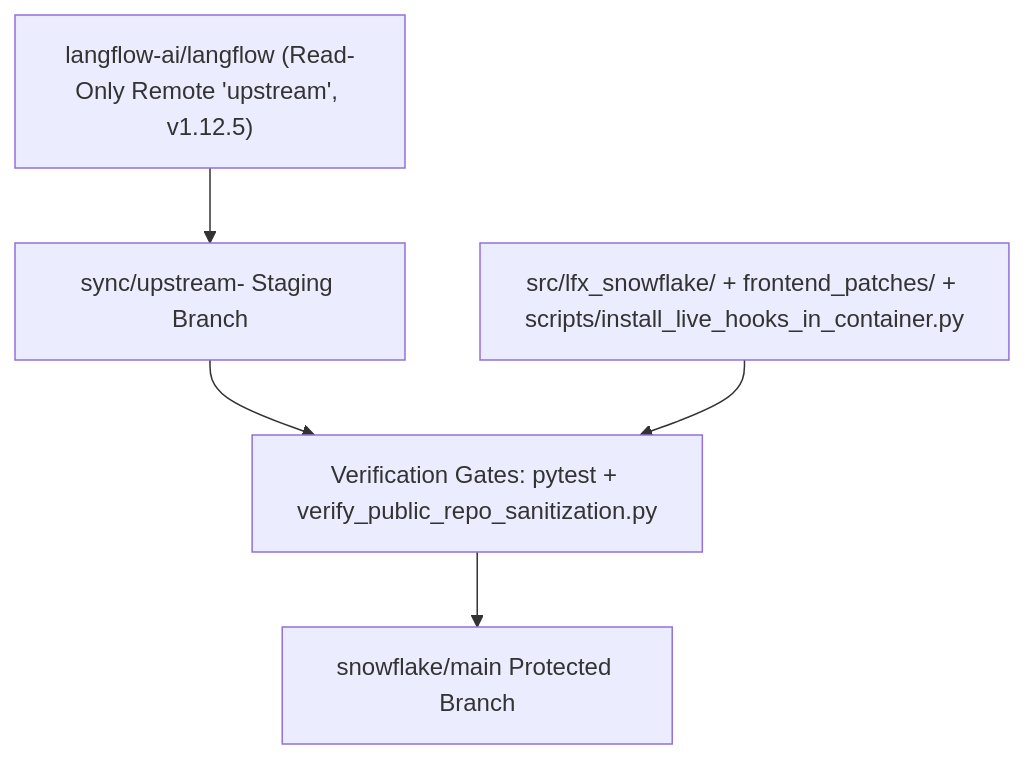
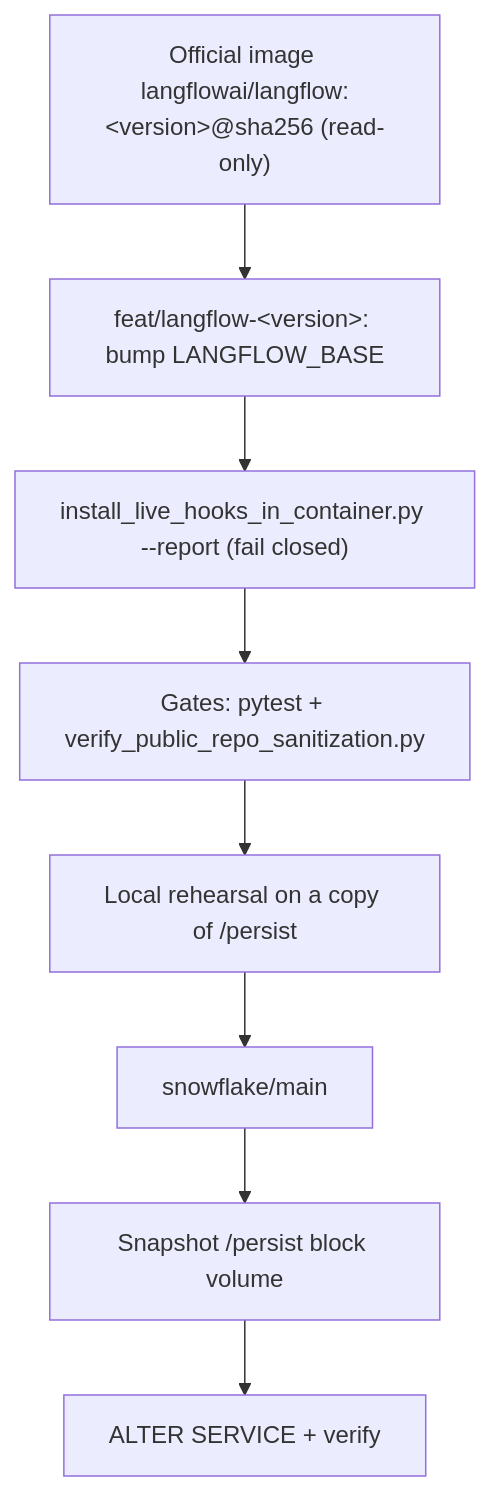
Before and after one commit to fbattaglieri-snowflake/Native-Snowflake-Langflow: the diagram in docs/UPSTREAM_SYNC.md, drawn with Mermaid. The commit also changed other lines of this file and 3 other files, not shown here.

First line of the commit message:
docs: document Langflow 1.13.1 baseline and pinned base-image upgrade model

````diff
--- a/docs/UPSTREAM_SYNC.md
+++ b/docs/UPSTREAM_SYNC.md
@@ -83,11 +99,13 @@
 ```mermaid
 flowchart TB
-    Upstream["langflow-ai/langflow (Read-Only Remote 'upstream', v1.12.5)"]
-    Staging["sync/upstream-<version> Staging Branch"]
-    Gate["Verification Gates: pytest + verify_public_repo_sanitization.py"]
-    Main["snowflake/main Protected Branch"]
-    Bundle["src/lfx_snowflake/ + frontend_patches/ + scripts/install_live_hooks_in_container.py"]
+    Release["Official image langflowai/langflow:&lt;version&gt;@sha256 (read-only)"]
+    Branch["feat/langflow-&lt;version&gt;: bump LANGFLOW_BASE"]
+    Report["install_live_hooks_in_container.py --report (fail closed)"]
+    Gate["Gates: pytest + verify_public_repo_sanitization.py"]
+    Rehearsal["Local rehearsal on a copy of /persist"]
+    Snapshot["Snapshot /persist block volume"]
+    Deploy["ALTER SERVICE + verify"]
+    Main["snowflake/main"]
 
-    Upstream --> Staging --> Gate --> Main
-    Bundle --> Gate
+    Release --> Branch --> Report --> Gate --> Rehearsal --> Main --> Snapshot --> Deploy
 ```
````
